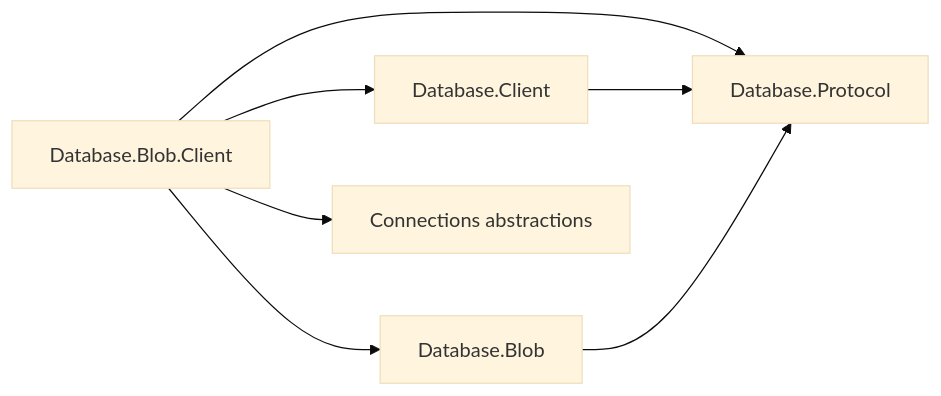
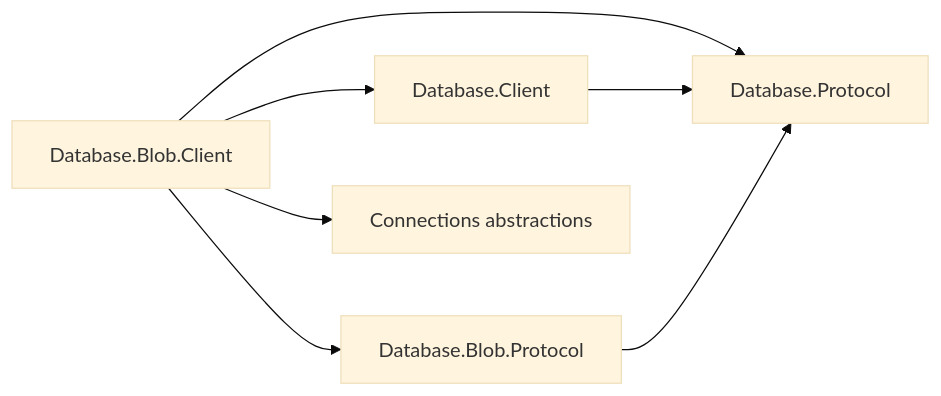
One commit to assimalign/cohesion-docs changed the first of 2 diagrams in docs/dotnet-apis/resources/database/assimalign-cohesion-database-blob-client/design.md. Above: the diagram before and after it, drawn with Mermaid (base theme). The commit also changed other lines of this file and 360 other files, not shown here.

First line of the commit message:
docs(database): consolidated model packages, Protocol packages and client migration (#9)

````diff
--- a/docs/dotnet-apis/resources/database/assimalign-cohesion-database-blob-client/design.md
+++ b/docs/dotnet-apis/resources/database/assimalign-cohesion-database-blob-client/design.md
@@ -17,9 +27,9 @@
 ```mermaid
 flowchart LR
     Client["Database.Blob.Client"] --> Shared["Database.Client"]
-    Client --> Blob["Database.Blob"]
+    Client --> Blob["Database.Blob.Protocol"]
     Client --> Connections["Connections abstractions"]
     Client --> Protocol["Database.Protocol"]
     Shared --> Protocol
     Blob --> Protocol
 ```
````
